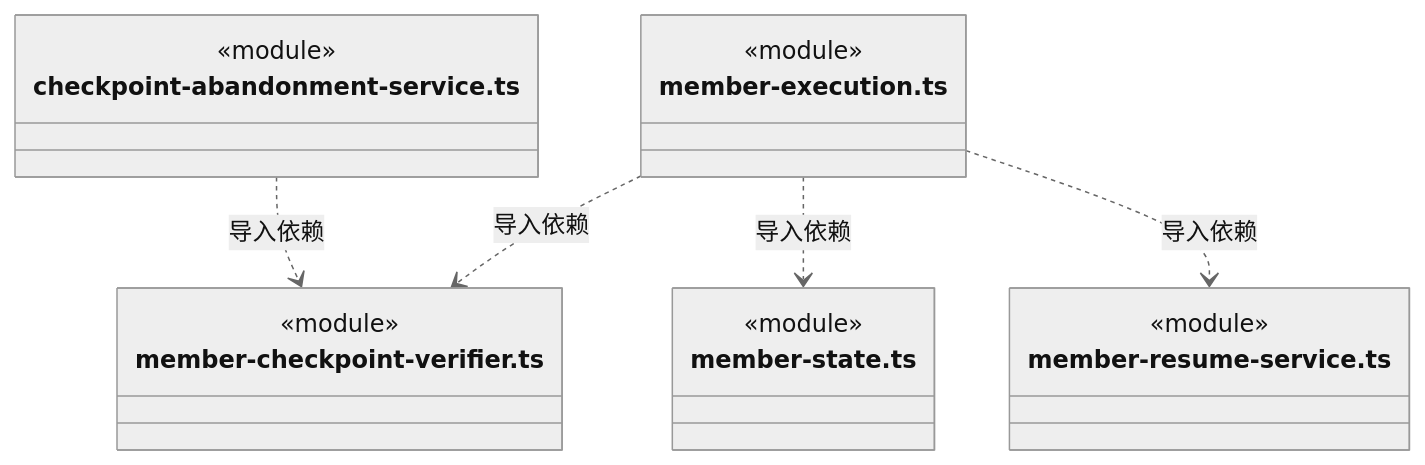
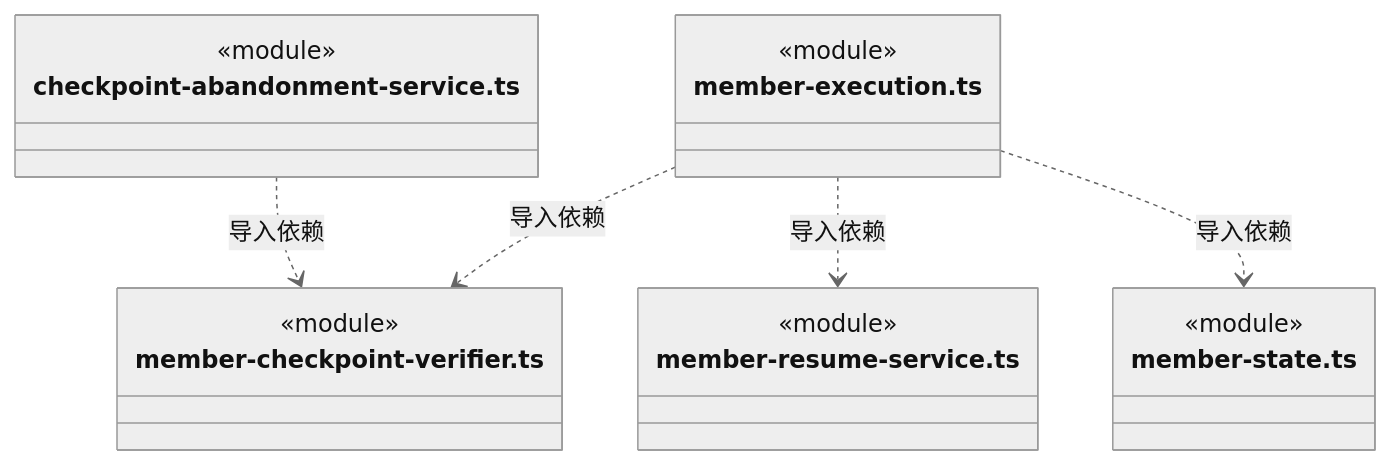
Diagram 14 of 16 in src/logic/team/runtime/ARCHITECTURE.md (nan023062/cbim), drawn with Mermaid (neutral theme) before and after one commit. The commit also changed other lines of this file and 112 other files, not shown here.

Commit message:
docs: align source architecture with current declarations and contracts

````diff
--- a/src/logic/team/runtime/ARCHITECTURE.md
+++ b/src/logic/team/runtime/ARCHITECTURE.md
@@ -408,22 +409,22 @@
 ```mermaid
 classDiagram
 class N_src_logic_team_runtime_checkpoint_abandonment_service_ts["checkpoint-abandonment-service.ts"] {
   <<module>>
 }
 class N_src_logic_team_runtime_member_checkpoint_verifier_ts["member-checkpoint-verifier.ts"] {
   <<module>>
 }
 class N_src_logic_team_runtime_member_execution_ts["member-execution.ts"] {
   <<module>>
 }
+class N_src_logic_team_runtime_member_resume_service_ts["member-resume-service.ts"] {
+  <<module>>
+}
 class N_src_logic_team_runtime_member_state_ts["member-state.ts"] {
   <<module>>
 }
-class N_src_logic_team_runtime_member_resume_service_ts["member-resume-service.ts"] {
-  <<module>>
-}
 N_src_logic_team_runtime_checkpoint_abandonment_service_ts ..> N_src_logic_team_runtime_member_checkpoint_verifier_ts : 导入依赖
-N_src_logic_team_runtime_member_execution_ts ..> N_src_logic_team_runtime_member_state_ts : 导入依赖
 N_src_logic_team_runtime_member_execution_ts ..> N_src_logic_team_runtime_member_checkpoint_verifier_ts : 导入依赖
 N_src_logic_team_runtime_member_execution_ts ..> N_src_logic_team_runtime_member_resume_service_ts : 导入依赖
+N_src_logic_team_runtime_member_execution_ts ..> N_src_logic_team_runtime_member_state_ts : 导入依赖
 ```
````
